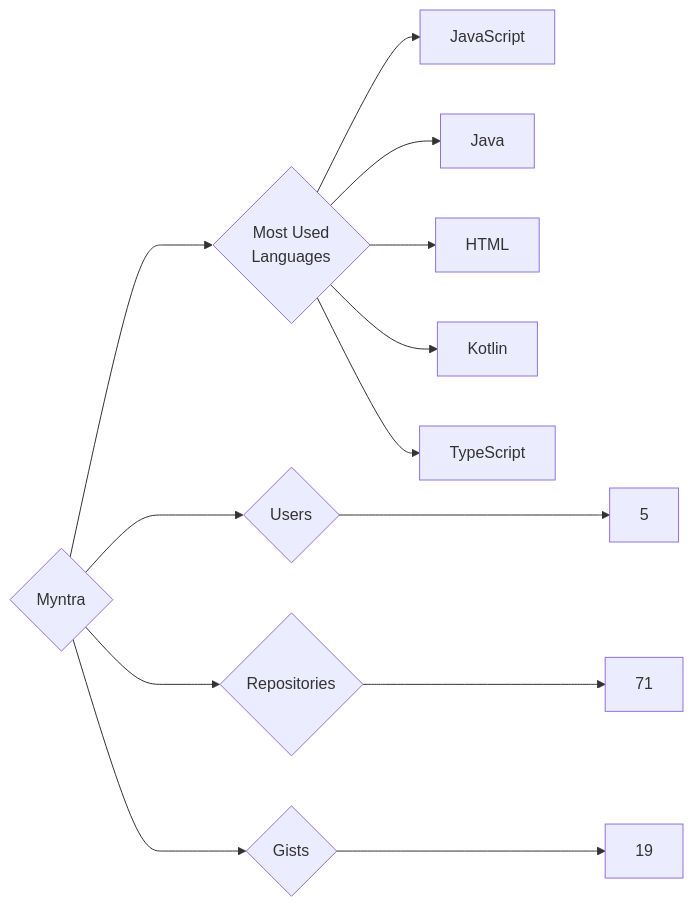
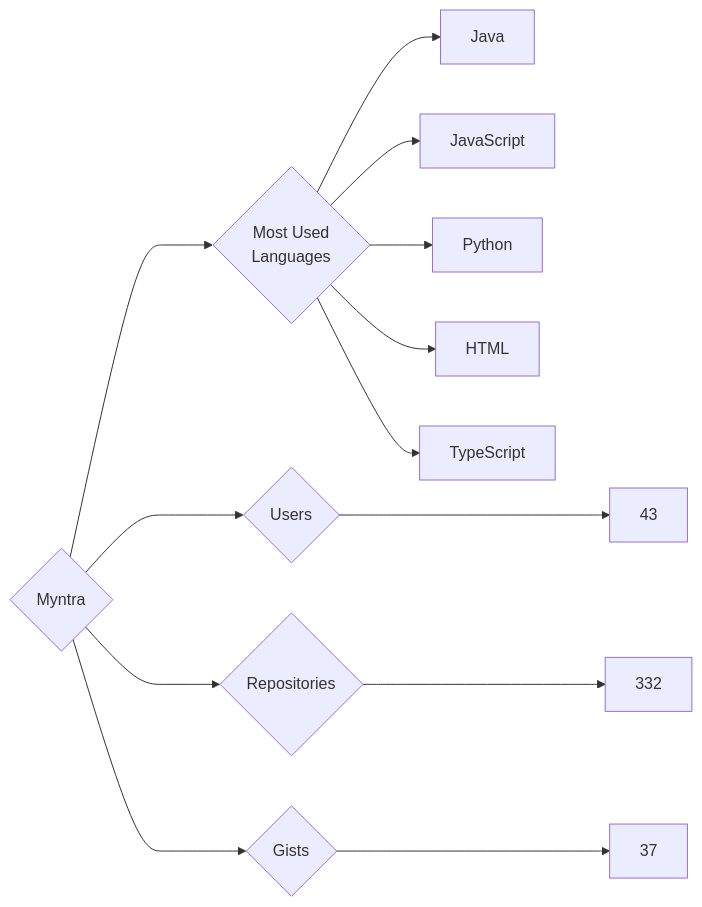
The diagram in targets/Myntra/README.md (trickest/insiders), drawn with Mermaid before and after one commit. The commit also changed 895 other files, not shown here.

````diff
--- a/targets/Myntra/README.md
+++ b/targets/Myntra/README.md
@@ -3,13 +3,13 @@
 ```mermaid
 graph LR
 COMPANY_NAME{Myntra}
-COMPANY_NAME ---> U{Users} ---> UN[5]
-COMPANY_NAME ---> R{Repositories} ---> RN[71]
-COMPANY_NAME ---> G{Gists} ---> GN[19]
+COMPANY_NAME ---> U{Users} ---> UN[43]
+COMPANY_NAME ---> R{Repositories} ---> RN[332]
+COMPANY_NAME ---> G{Gists} ---> GN[37]
 COMPANY_NAME ---> ML{Most Used<br>Languages}
+ML --> Java[Java]
 ML --> JavaScript[JavaScript]
-ML --> Java[Java]
+ML --> Python[Python]
 ML --> HTML[HTML]
-ML --> Kotlin[Kotlin]
 ML --> TypeScript[TypeScript]
 ```
````
